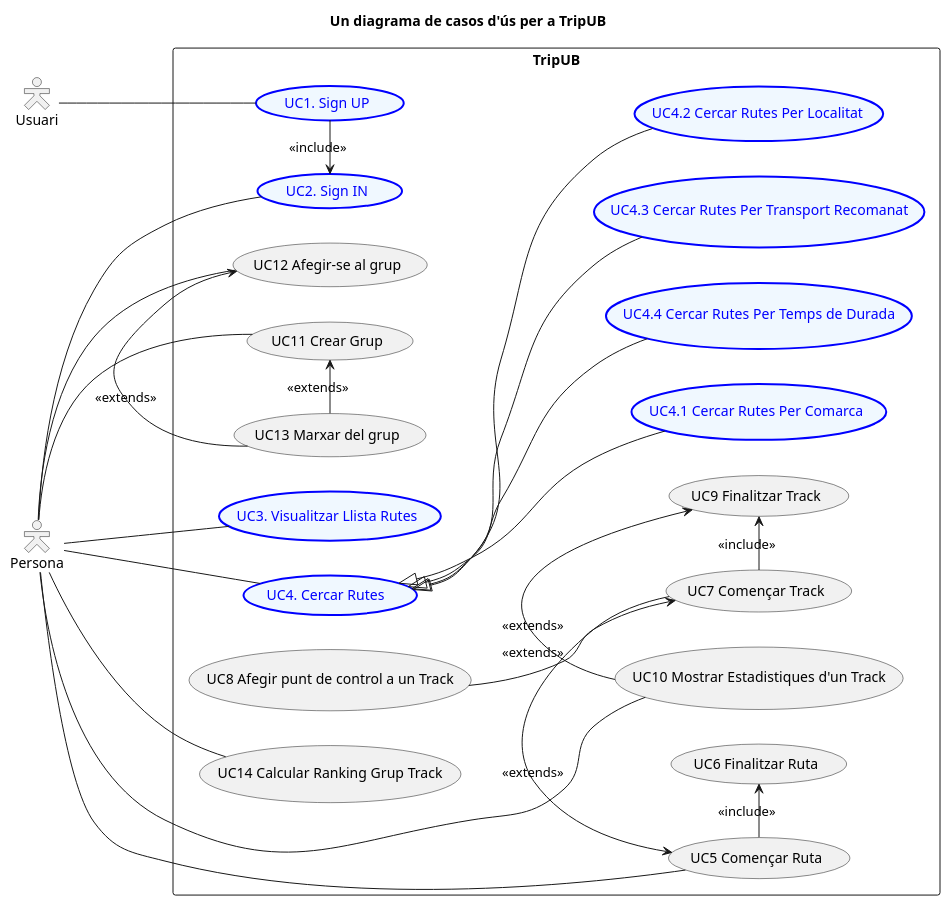
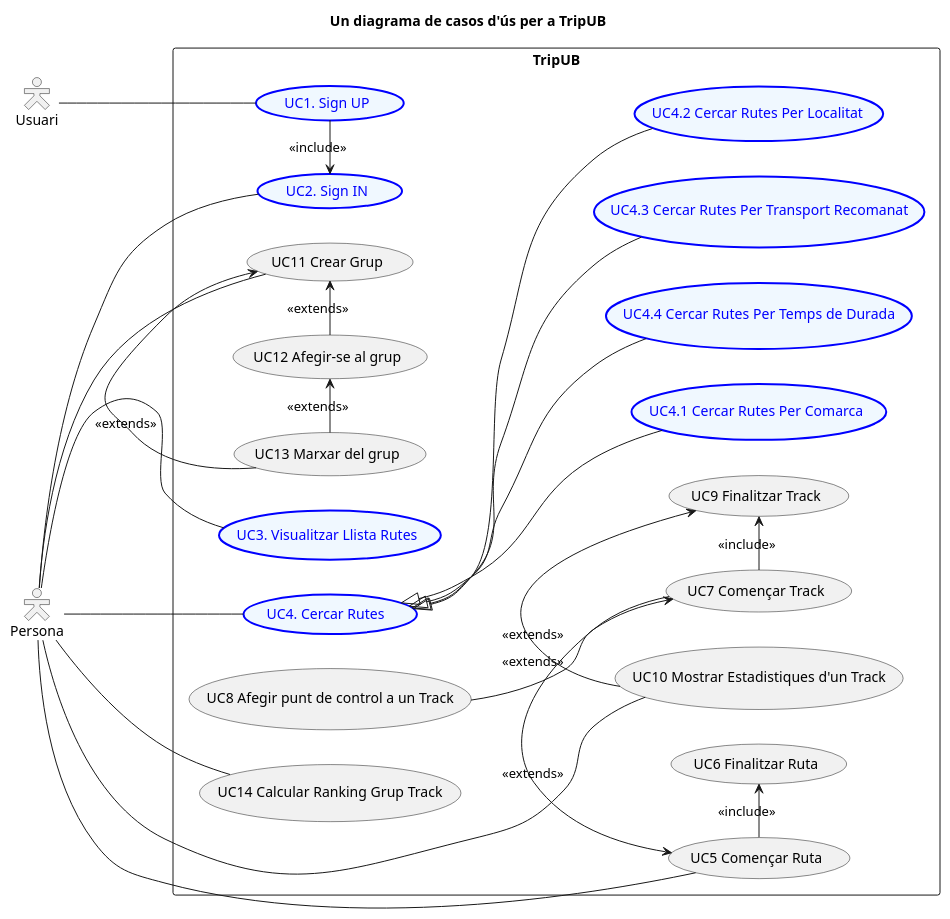
The diagram in doc/TripUB-DCU-Basic.puml (Samot2003/p3-tripu-dao-a12_reava), drawn with PlantUML before and after one commit. The commit also changed 13 other files, not shown here.

```diff
--- a/doc/TripUB-DCU-Basic.puml
+++ b/doc/TripUB-DCU-Basic.puml
@@ -1,68 +1,68 @@
 @startuml
 left to right direction
 skinparam packageStyle rect 
 skinparam actorStyle Hollow
 
 title Un diagrama de casos d'ús per a TripUB
 
 actor Usuari as usuari
 actor Persona as persona
 
 rectangle TripUB {
 
 usecase (UC1. Sign UP)  as UC1 #aliceblue;line:blue;line.bold;text:blue
 usecase (UC2. Sign IN) as UC2  #aliceblue;line:blue;line.bold;text:blue
 usecase (UC3. Visualitzar Llista Rutes) as UC3  #aliceblue;line:blue;line.bold;text:blue
 usecase (UC4. Cercar Rutes ) as UC4#aliceblue;line:blue;line.bold;text:blue
 usecase (UC4.3 Cercar Rutes Per Transport Recomanat) as UC43#aliceblue;line:blue;line.bold;text:blue
 usecase (UC4.2 Cercar Rutes Per Localitat) as UC42 #aliceblue;line:blue;line.bold;text:blue
 usecase (UC4.1 Cercar Rutes Per Comarca ) as UC41 #aliceblue;line:blue;line.bold;text:blue
 usecase (UC4.4 Cercar Rutes Per Temps de Durada) as UC44#aliceblue;line:blue;line.bold;text:blue
 usecase (UC5 Començar Ruta) as UC5
 usecase (UC6 Finalitzar Ruta) as UC6
 usecase (UC7 Començar Track) as UC7
 usecase (UC8 Afegir punt de control a un Track) as UC8
 usecase (UC9 Finalitzar Track) as UC9
 usecase (UC10 Mostrar Estadistiques d'un Track) as UC10
 usecase (UC11 Crear Grup) as UC11
 usecase (UC12 Afegir-se al grup) as UC12
 usecase (UC13 Marxar del grup) as UC13
 usecase (UC14 Calcular Ranking Grup Track) as UC14
 
 
 
 
 persona -- UC2
 
 
 UC1 -> UC2 : <<include>>
 UC7 -> UC5 : <<extends>>
 UC5 -> UC6 : <<include>>
 UC7 -> UC9 : <<include>>
 UC8 --> UC7 : <<extends>>
 UC10 -> UC9 : <<extends>>
 UC13 -> UC12 : <<extends>>
 UC13 -> UC11 : <<extends>>
+UC12 -> UC11 : <<extends>>
 
 UC4 <|-- UC41
 UC4 <|-- UC42
 UC4 <|-- UC43
 UC4 <|-- UC44
 
 persona -- UC4
 persona -- UC3
 persona -- UC5
 
 persona -- UC10
 persona -- UC11
-persona -- UC12
 persona -- UC14
 
 
 
 
 
 
 usuari -- UC1
 }
 @enduml
```
